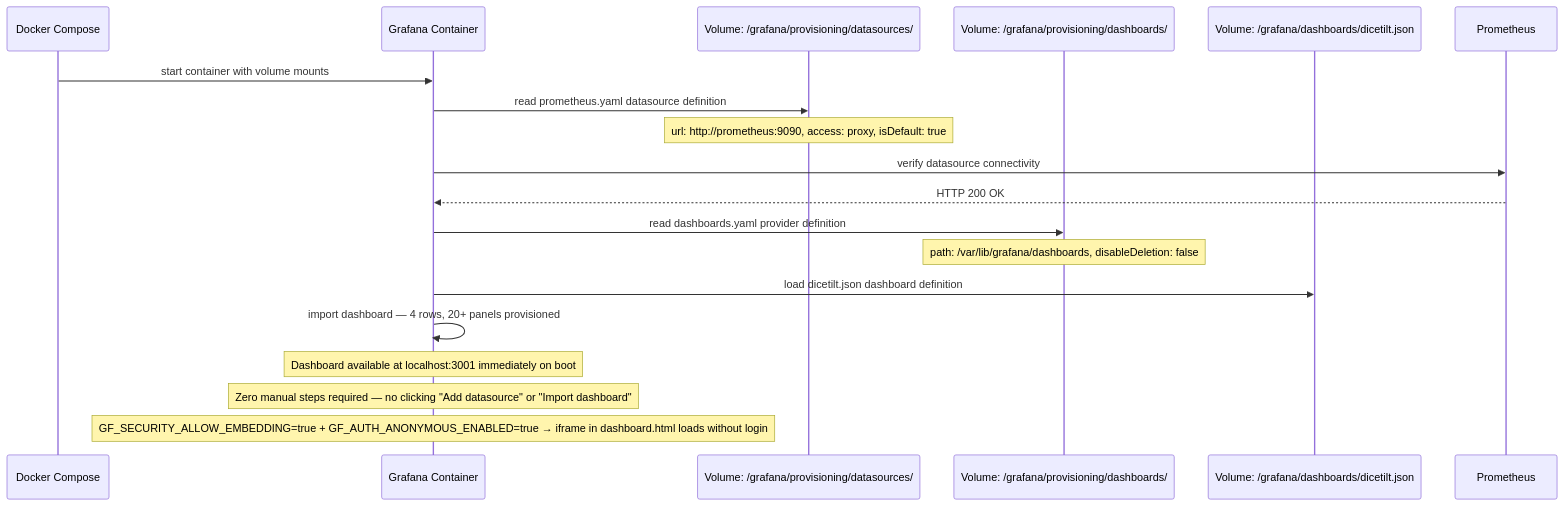
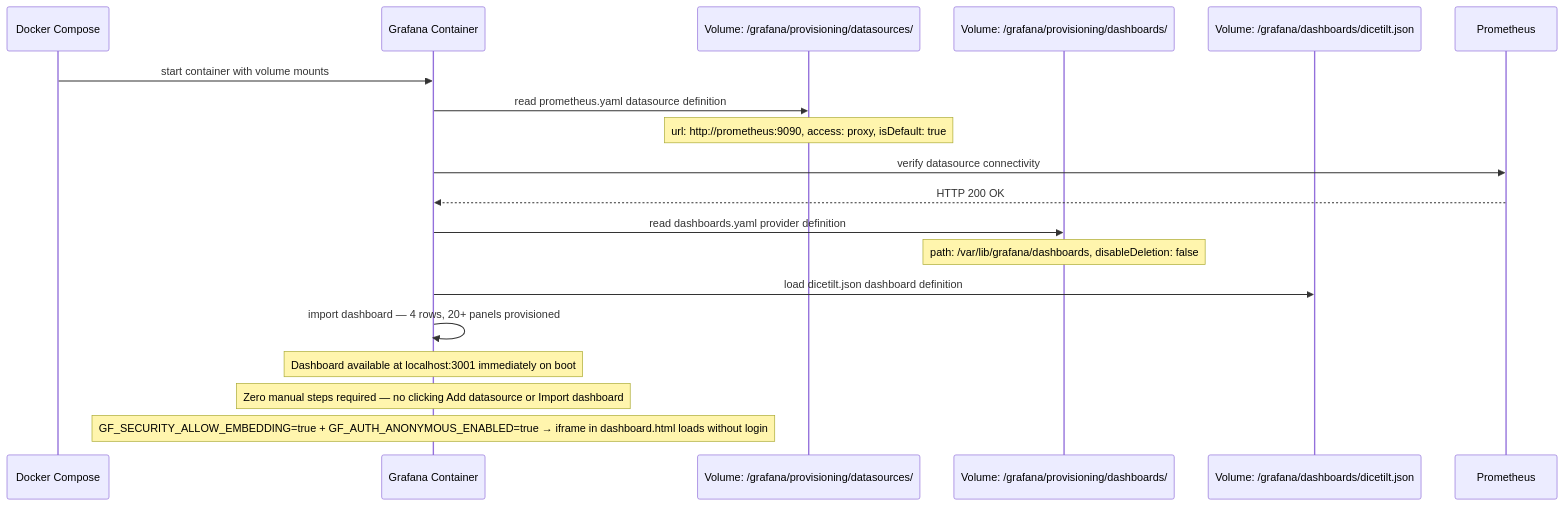
One commit to Fennzo/DiceTilt changed the fifth of 7 diagrams in documentation/infrastructure-flows.md. Above: the diagram before and after it, drawn with Mermaid. The commit also changed other lines of this file and 16 other files, not shown here.

````diff
--- a/documentation/infrastructure-flows.md
+++ b/documentation/infrastructure-flows.md
@@ -280,24 +280,24 @@
 ```mermaid
 sequenceDiagram
     participant DC as Docker Compose
     participant Grafana as Grafana Container
     participant VolDS as Volume: /grafana/provisioning/datasources/
     participant VolDB as Volume: /grafana/provisioning/dashboards/
     participant VolJSON as Volume: /grafana/dashboards/dicetilt.json
     participant Prom as Prometheus
 
     DC->>Grafana: start container with volume mounts
     Grafana->>VolDS: read prometheus.yaml datasource definition
     Note over VolDS: url: http://prometheus:9090, access: proxy, isDefault: true
     Grafana->>Prom: verify datasource connectivity
     Prom-->>Grafana: HTTP 200 OK
 
     Grafana->>VolDB: read dashboards.yaml provider definition
     Note over VolDB: path: /var/lib/grafana/dashboards, disableDeletion: false
     Grafana->>VolJSON: load dicetilt.json dashboard definition
     Grafana->>Grafana: import dashboard — 4 rows, 20+ panels provisioned
 
     Note over Grafana: Dashboard available at localhost:3001 immediately on boot
-    Note over Grafana: Zero manual steps required — no clicking "Add datasource" or "Import dashboard"
+    Note over Grafana: Zero manual steps required — no clicking Add datasource or Import dashboard
     Note over Grafana: GF_SECURITY_ALLOW_EMBEDDING=true + GF_AUTH_ANONYMOUS_ENABLED=true → iframe in dashboard.html loads without login
 ```
````
